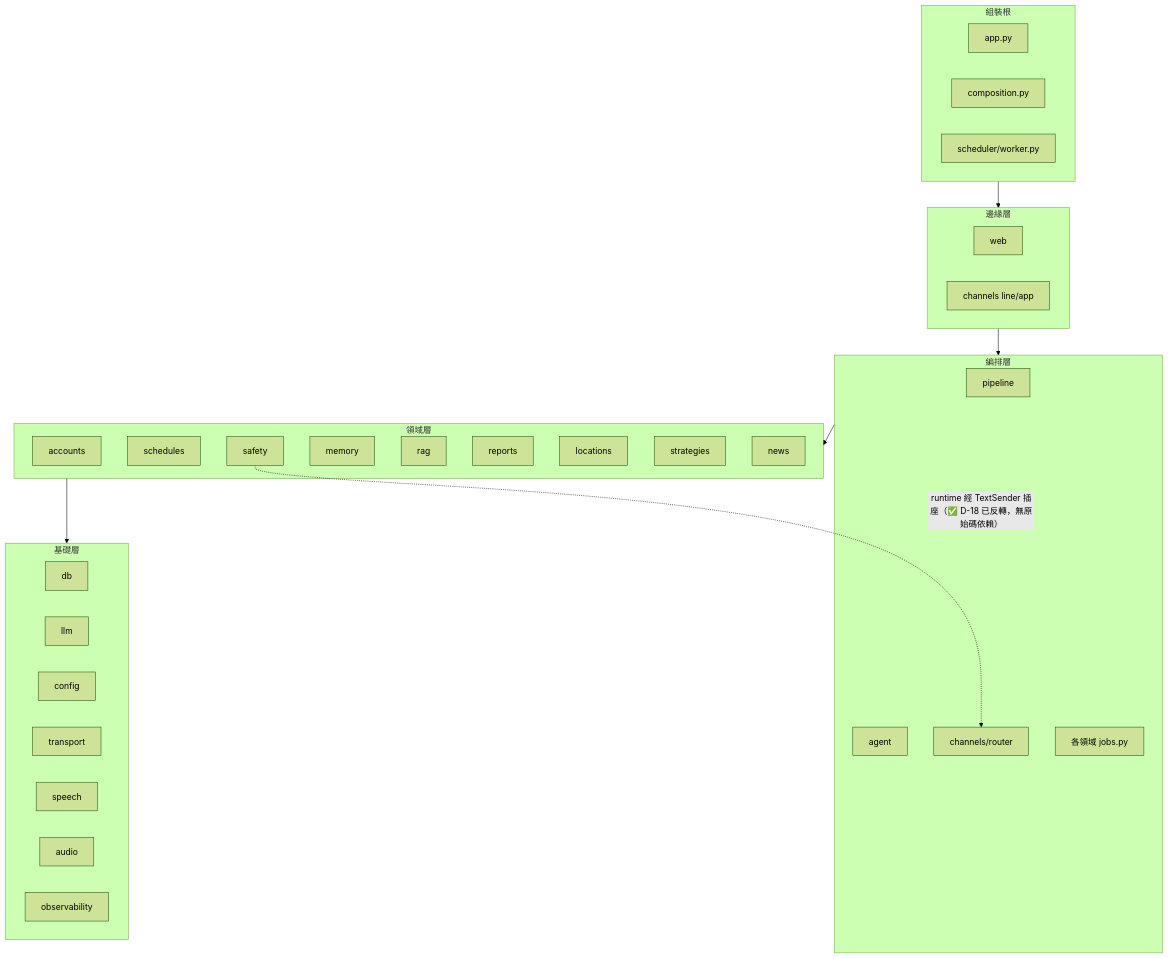
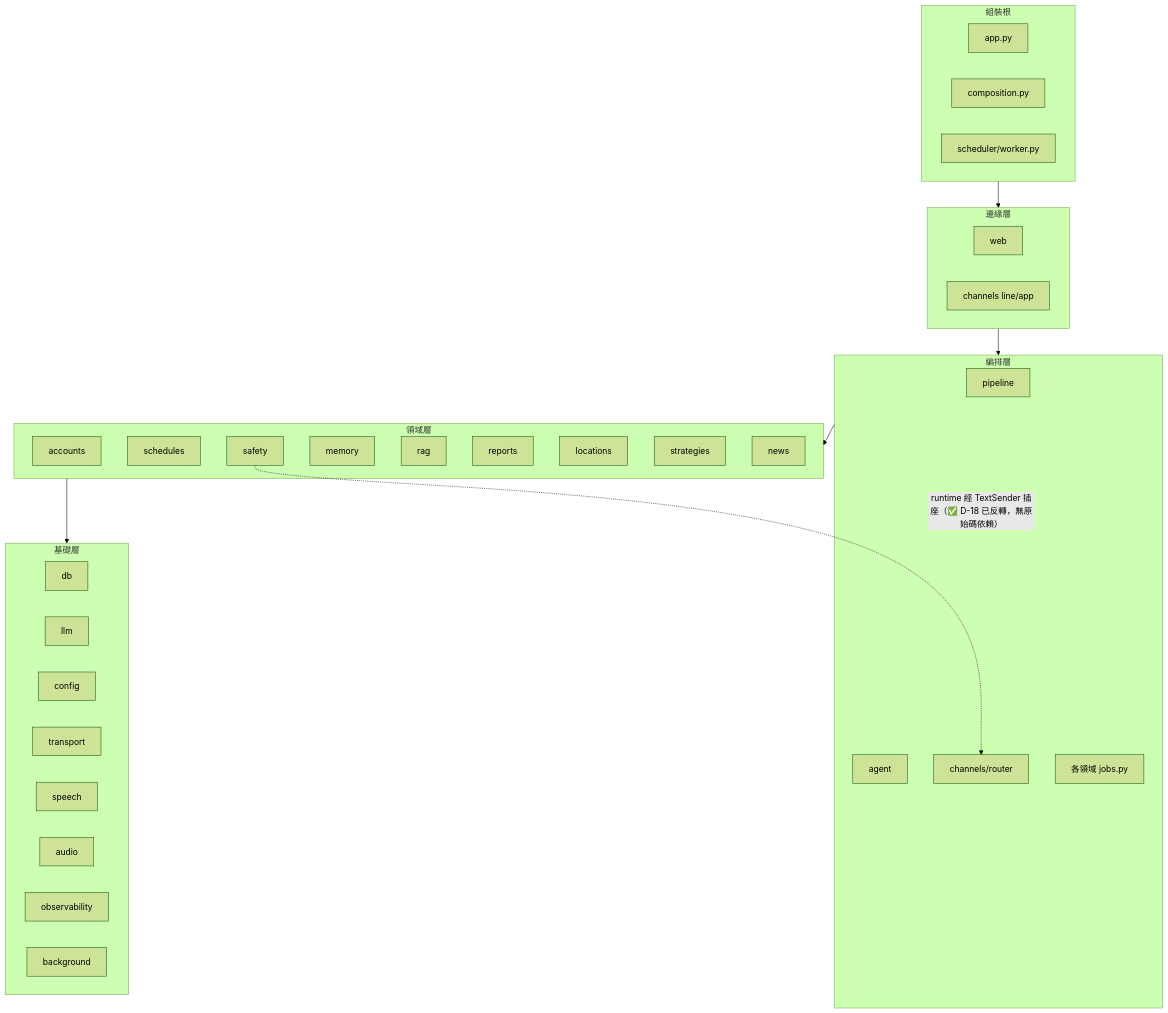
One commit to leo53021313/kinsun changed the diagram in docs/dev/09_模組依賴關係.md. Above: the diagram before and after it, drawn with Mermaid (forest theme). The commit also changed other lines of this file and 5 other files, not shown here.

````diff
--- a/docs/dev/09_模組依賴關係.md
+++ b/docs/dev/09_模組依賴關係.md
@@ -19,20 +20,20 @@
 ```mermaid
 graph TD
     subgraph 組裝根
         APP[app.py] & COMP[composition.py] & WORKER[scheduler/worker.py]
     end
     subgraph 邊緣層
         WEB[web] & CH[channels line/app]
     end
     subgraph 編排層
         PIPE[pipeline] & AGENT[agent] & ROUTER[channels/router] & JOBS[各領域 jobs.py]
     end
     subgraph 領域層
         ACC[accounts] & SCHED[schedules] & SAFE[safety] & MEM[memory] & RAG[rag] & REP[reports] & LOC[locations] & STRAT[strategies] & NEWS[news]
     end
     subgraph 基礎層
-        DB[db] & LLM[llm] & CFG[config] & TR[transport] & SP[speech] & AU[audio] & OBS[observability]
+        DB[db] & LLM[llm] & CFG[config] & TR[transport] & SP[speech] & AU[audio] & OBS[observability] & BG[background]
     end
     組裝根 --> 邊緣層 --> 編排層 --> 領域層 --> 基礎層
     SAFE -. "runtime 經 TextSender 插座（✅ D-18 已反轉，無原始碼依賴）" .-> ROUTER
 ```
````
